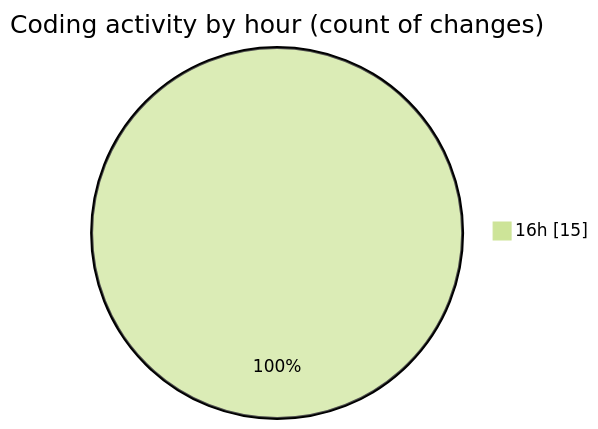
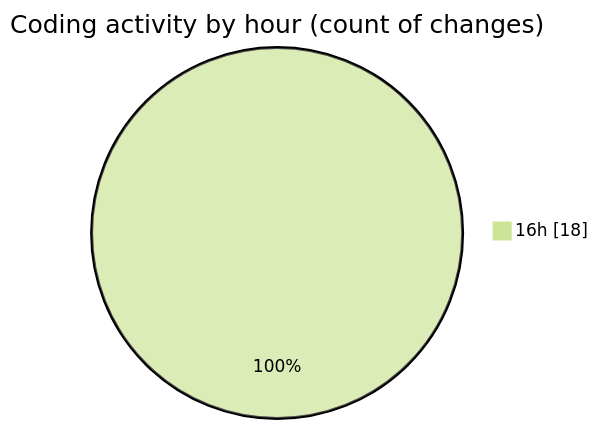
Before and after one commit to donsfak/code-tracking: the second of 2 diagrams in 2025-02-27/uber_clone/README.md, drawn with Mermaid (forest theme). The commit also changed other lines of this file and 1 other file, not shown here.

````diff
--- a/2025-02-27/uber_clone/README.md
+++ b/2025-02-27/uber_clone/README.md
@@ -28,5 +28,5 @@
 ```mermaid
 pie showData
 title Coding activity by hour (count of changes)
-"16h" : 15
+"16h" : 18
 ```
````
